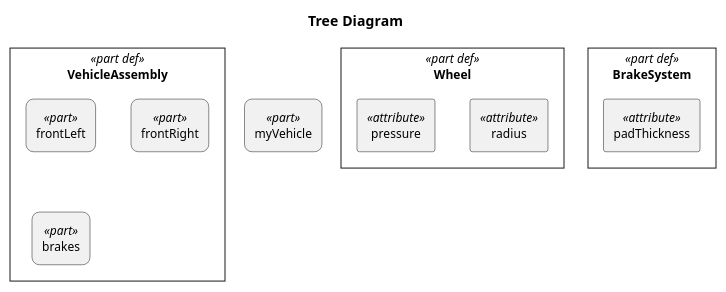
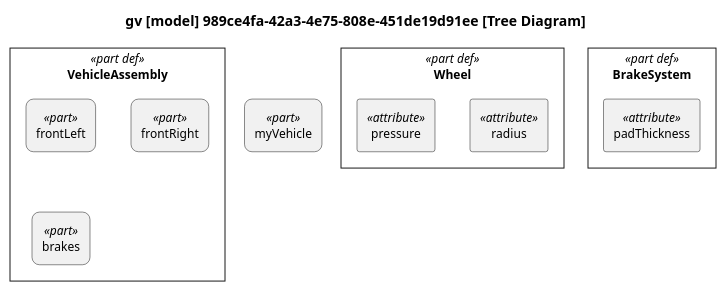
Before and after one commit to mycr0ft/sysmlpy: the diagram in plantuml-examples/12-tree-diagram.puml, drawn with PlantUML. The commit also changed 28 other files, not shown here.

```diff
--- a/plantuml-examples/12-tree-diagram.puml
+++ b/plantuml-examples/12-tree-diagram.puml
@@ -1,53 +1,53 @@
 @startuml
 
 skinparam monochrome true
 skinparam wrapWidth 300
 skinparam defaultFontSize 12
 skinparam defaultFontName Helvetica
 
 skinparam rectangle<<part def>> {
     RoundCorner 0
 }
 skinparam rectangle<<part>> {
     RoundCorner 15
 }
 skinparam rectangle<<item def>> {
     RoundCorner 0
 }
 skinparam rectangle<<item>> {
     RoundCorner 15
 }
 skinparam rectangle<<action def>> {
     RoundCorner 0
 }
 skinparam rectangle<<action>> {
     RoundCorner 15
 }
 skinparam rectangle<<view def>> {
     RoundCorner 0
 }
 skinparam rectangle<<view>> {
     RoundCorner 15
 }
 
 top to bottom direction
 
-title Tree Diagram
+title gv [model] 989ce4fa-42a3-4e75-808e-451de19d91ee [Tree Diagram]
 
 hide circle
 
 rectangle "Wheel" as E1 <<part def>> {
     rectangle "radius" as E2 <<attribute>>
     rectangle "pressure" as E3 <<attribute>>
 }
 rectangle "BrakeSystem" as E4 <<part def>> {
     rectangle "padThickness" as E5 <<attribute>>
 }
 rectangle "VehicleAssembly" as E6 <<part def>> {
     rectangle "frontLeft" as E7 <<part>>
     rectangle "frontRight" as E8 <<part>>
     rectangle "brakes" as E9 <<part>>
 }
 rectangle "myVehicle" as E10 <<part>>
 
 @enduml
```
